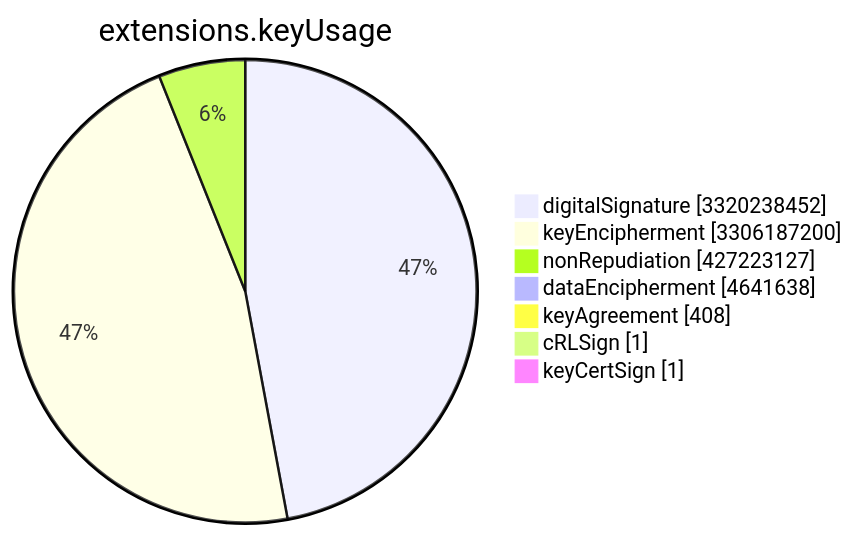
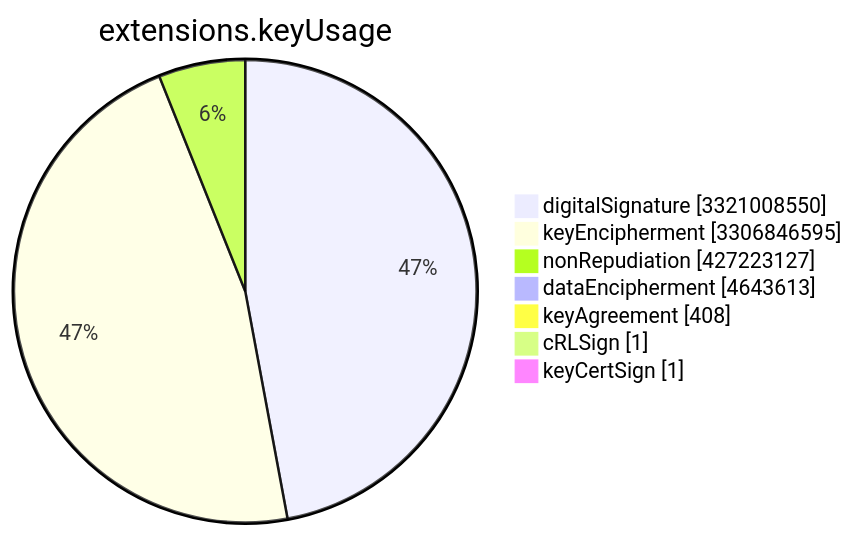
Before and after one commit to christiankrug/ctmonitor_visualization: the sixth of 15 diagrams in TOTAL/README.md, drawn with Mermaid. The commit also changed other lines of this file, not shown here.

````diff
--- a/TOTAL/README.md
+++ b/TOTAL/README.md
@@ -3078,11 +3078,11 @@
 ```mermaid
 pie showData
 title extensions.keyUsage
-"digitalSignature" :3320238452
-"keyEncipherment" :3306187200
+"digitalSignature" :3321008550
+"keyEncipherment" :3306846595
 "nonRepudiation" :427223127
-"dataEncipherment" :4641638
+"dataEncipherment" :4643613
 "keyAgreement" :408
 "cRLSign" :1
 "keyCertSign" :1
 ```
````
